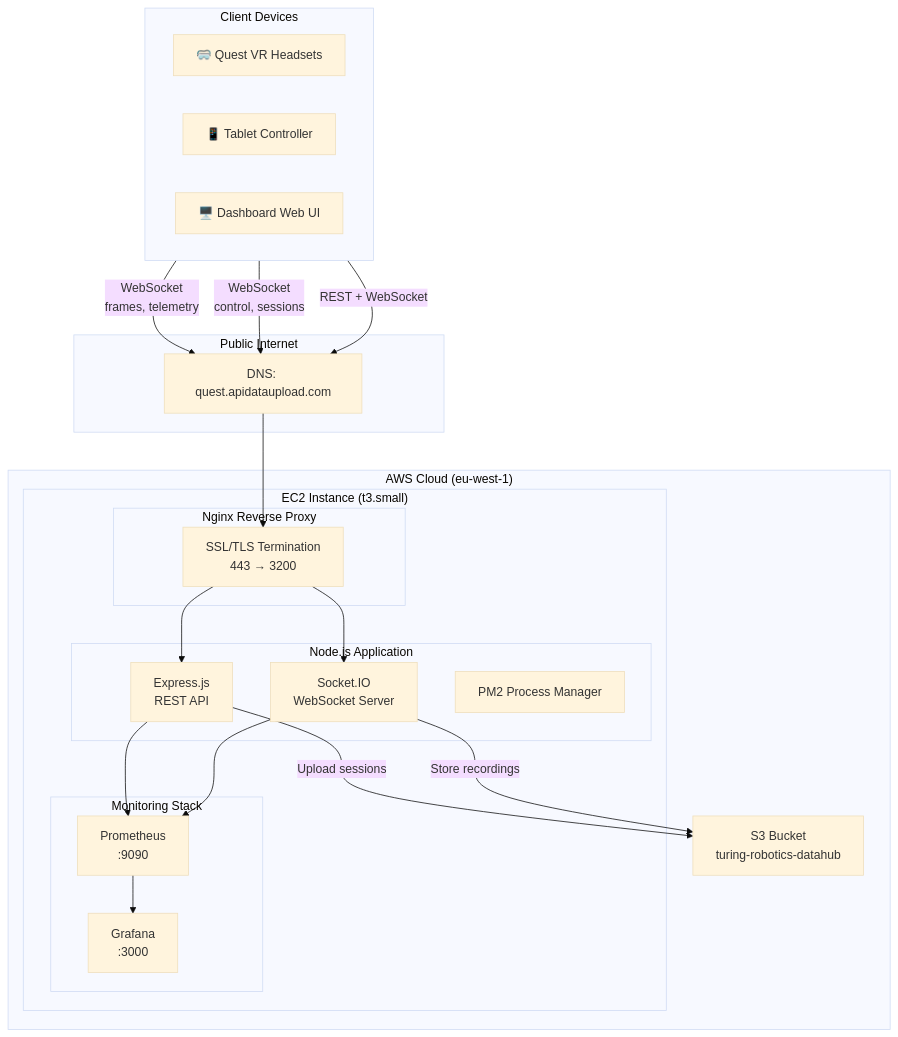
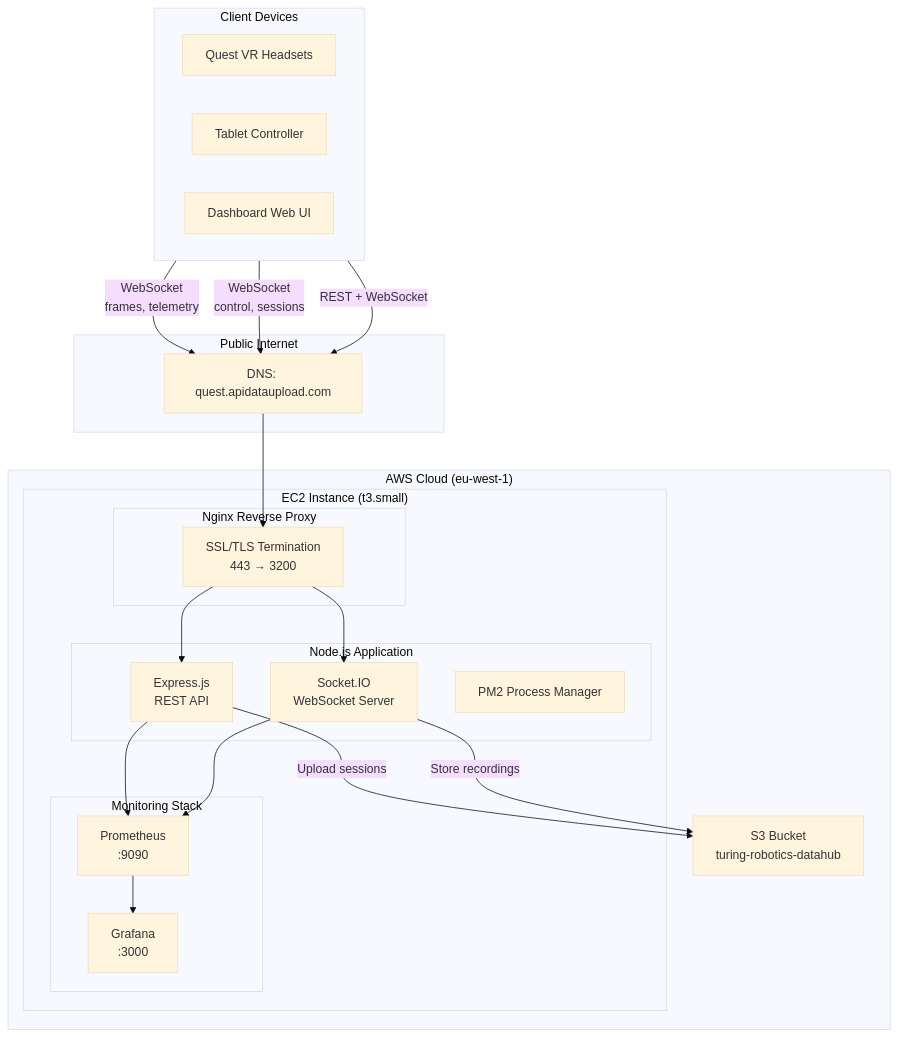
Before and after one commit to Turing-Robotics/reporting-dashboard: the first of 3 diagrams in README.md, drawn with Mermaid (base theme). The commit also changed other lines of this file and 3 other files, not shown here.

````diff
--- a/README.md
+++ b/README.md
@@ -9,49 +9,49 @@
 ```mermaid
 flowchart TB
     subgraph clients["Client Devices"]
         direction LR
-        quest["🥽 Quest VR Headsets"]
-        tablet["📱 Tablet Controller"]
-        dashboard["🖥️ Dashboard Web UI"]
+        quest["Quest VR Headsets"]
+        tablet["Tablet Controller"]
+        dashboard["Dashboard Web UI"]
     end
 
     subgraph internet["Public Internet"]
         dns["DNS: quest.apidataupload.com"]
     end
 
     subgraph aws["AWS Cloud (eu-west-1)"]
         subgraph ec2["EC2 Instance (t3.small)"]
             subgraph nginx["Nginx Reverse Proxy"]
                 ssl["SSL/TLS Termination\n443 → 3200"]
             end
 
             subgraph app["Node.js Application"]
                 express["Express.js\nREST API"]
                 socketio["Socket.IO\nWebSocket Server"]
                 pm2["PM2 Process Manager"]
             end
 
             subgraph monitoring["Monitoring Stack"]
                 prometheus["Prometheus\n:9090"]
                 grafana["Grafana\n:3000"]
             end
         end
 
         s3["S3 Bucket\nturing-robotics-datahub"]
     end
 
     quest -->|"WebSocket\nframes, telemetry"| dns
     tablet -->|"WebSocket\ncontrol, sessions"| dns
     dashboard -->|"REST + WebSocket"| dns
 
     dns --> ssl
     ssl --> express
     ssl --> socketio
 
     express --> prometheus
     socketio --> prometheus
     prometheus --> grafana
 
     express -->|"Upload sessions"| s3
     socketio -->|"Store recordings"| s3
 ```
````
